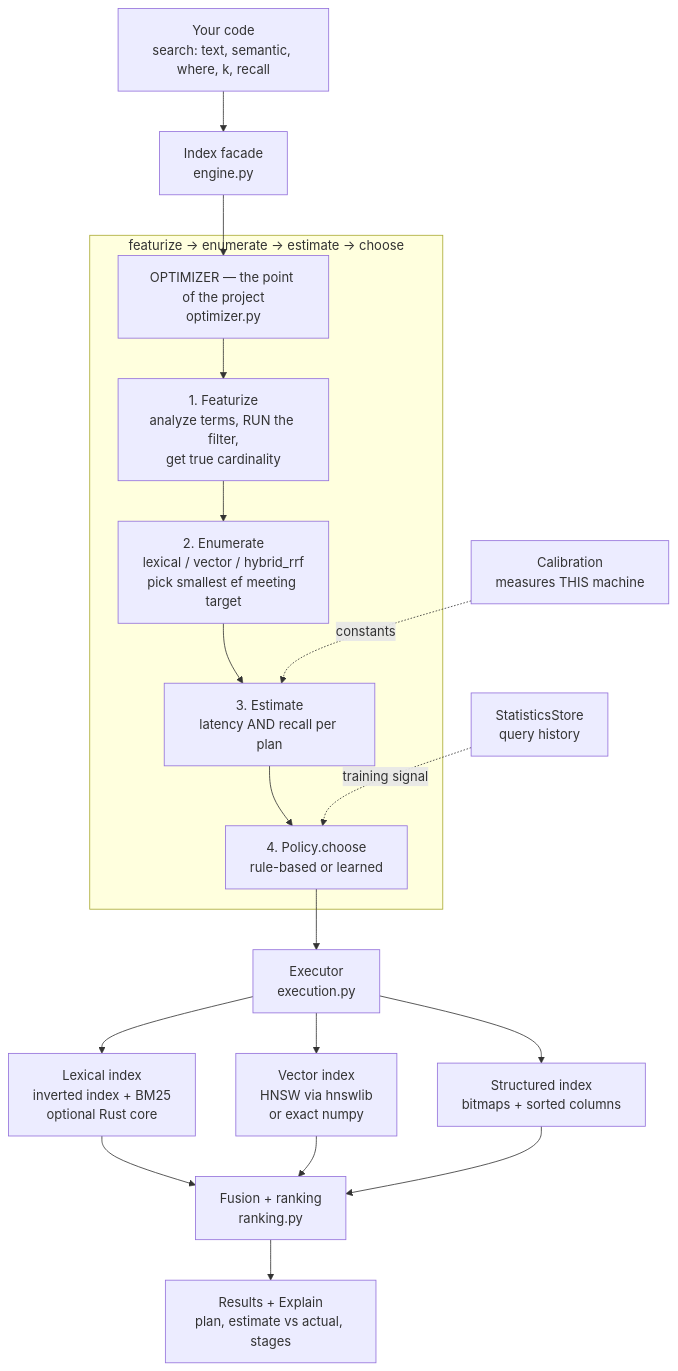
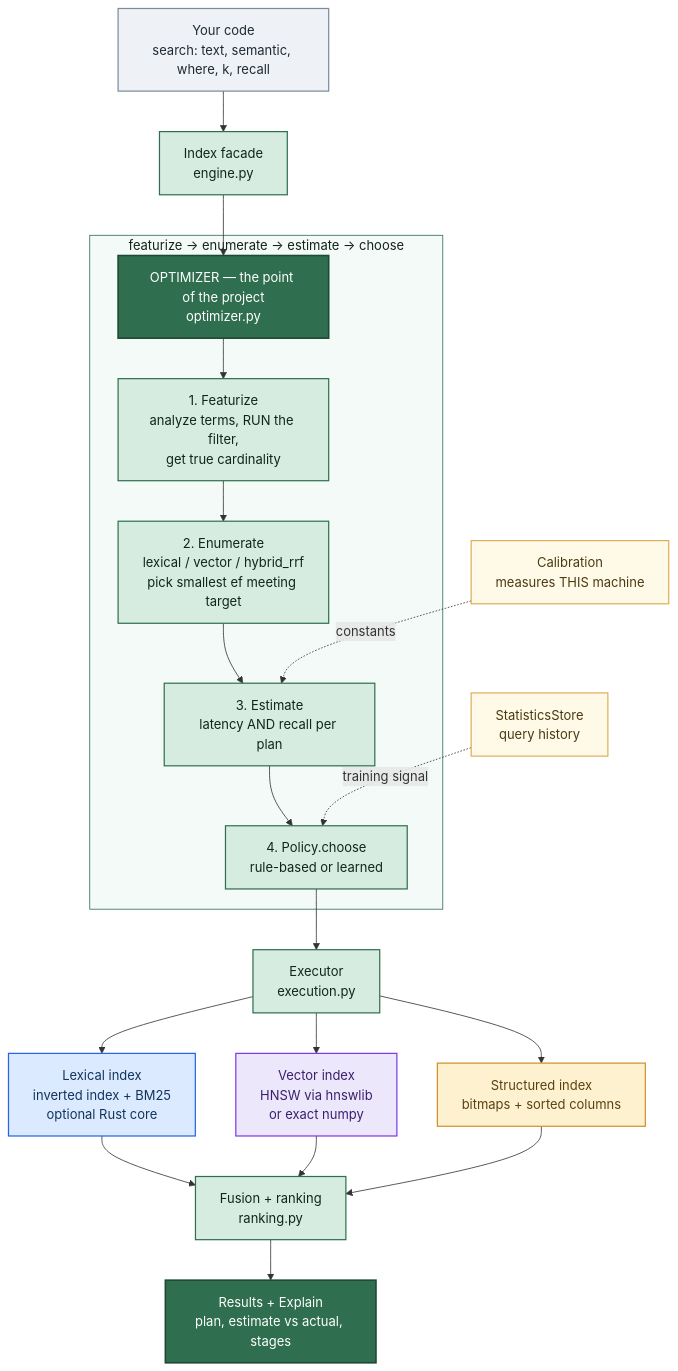
Before and after one commit to cosmos-dx/broccolisearch: the fourth of 9 diagrams in BOOK.md, drawn with Mermaid. The commit also changed other lines of this file and 4 other files, not shown here.

````diff
--- a/BOOK.md
+++ b/BOOK.md
@@ -1076,24 +1065,42 @@
 ```mermaid
 flowchart TB
     U["Your code<br/>search: text, semantic, where, k, recall"] --> E["Index facade<br/>engine.py"]
     E --> O["OPTIMIZER — the point of the project<br/>optimizer.py"]
 
     subgraph OPT["featurize → enumerate → estimate → choose"]
         O --> F["1. Featurize<br/>analyze terms, RUN the filter,<br/>get true cardinality"]
         F --> N["2. Enumerate<br/>lexical / vector / hybrid_rrf<br/>pick smallest ef meeting target"]
         N --> C["3. Estimate<br/>latency AND recall per plan"]
         C --> P["4. Policy.choose<br/>rule-based or learned"]
     end
 
     P --> X["Executor<br/>execution.py"]
     X --> L["Lexical index<br/>inverted index + BM25<br/>optional Rust core"]
     X --> V["Vector index<br/>HNSW via hnswlib<br/>or exact numpy"]
     X --> S["Structured index<br/>bitmaps + sorted columns"]
     L --> R["Fusion + ranking<br/>ranking.py"]
     V --> R
     S --> R
     R --> H["Results + Explain<br/>plan, estimate vs actual, stages"]
 
     CAL["Calibration<br/>measures THIS machine"] -.->|constants| C
     ST["StatisticsStore<br/>query history"] -.->|training signal| P
+
+    classDef inp  fill:#eef2f6,stroke:#7c8b99,stroke-width:1.5px,color:#1f2933
+    classDef core fill:#2f6f4f,stroke:#1d4a34,stroke-width:2px,color:#ffffff
+    classDef opt  fill:#d6ece0,stroke:#2f6f4f,stroke-width:1.5px,color:#12241c
+    classDef lex  fill:#dbeafe,stroke:#2563eb,stroke-width:1.5px,color:#12345c
+    classDef vec  fill:#ece7fb,stroke:#7c3aed,stroke-width:1.5px,color:#3b1f6e
+    classDef str  fill:#fef1cf,stroke:#d1902a,stroke-width:1.5px,color:#5b4210
+    classDef aux  fill:#fff9e8,stroke:#d9a441,stroke-width:1.3px,color:#4b3a10
+    class U inp
+    class E,X,R opt
+    class O core
+    class F,N,C,P opt
+    class L lex
+    class V vec
+    class S str
+    class CAL,ST aux
+    class H core
+    style OPT fill:#f4faf7,stroke:#2f6f4f,color:#12241c
 ```
````
